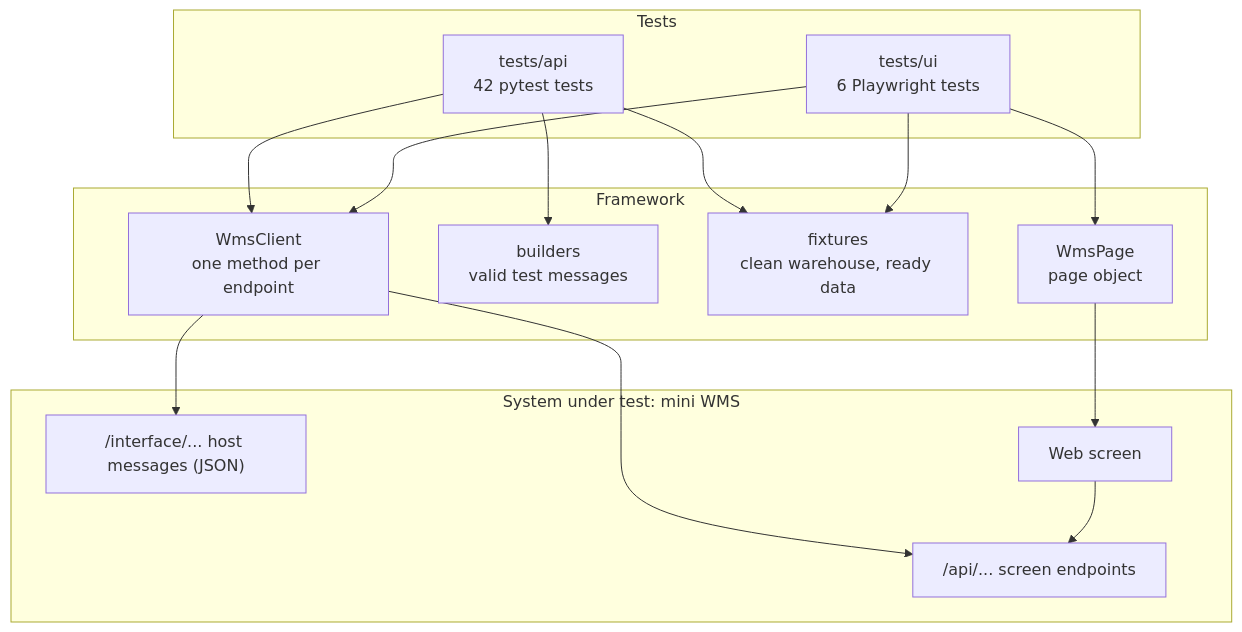
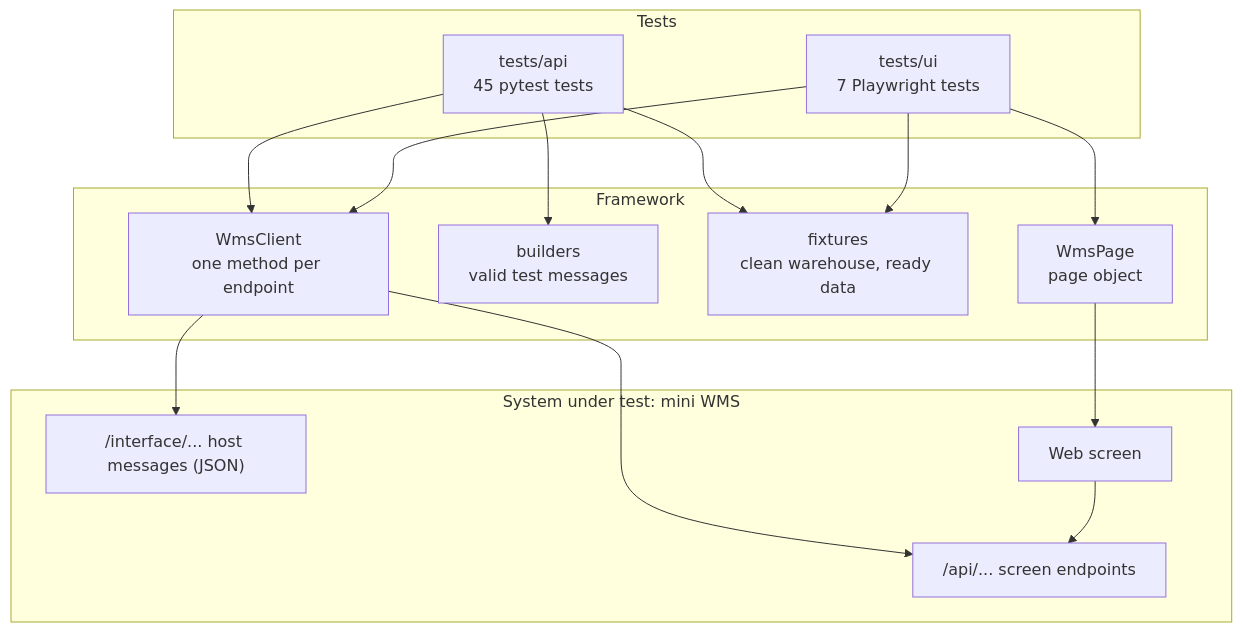
The second of 3 diagrams in README.md (Younus98/warehouse-automation-qa), drawn with Mermaid before and after one commit. The commit also changed other lines of this file and 6 other files, not shown here.

First line of the commit message:
Add Load demo data button and endpoint, with API and UI tests

````diff
--- a/README.md
+++ b/README.md
@@ -66,22 +66,22 @@
 ```mermaid
 flowchart TB
     subgraph Tests
-        API[tests/api<br/>42 pytest tests]
-        UI[tests/ui<br/>6 Playwright tests]
+        API[tests/api<br/>45 pytest tests]
+        UI[tests/ui<br/>7 Playwright tests]
     end
     subgraph Framework
         C[WmsClient<br/>one method per endpoint]
         B[builders<br/>valid test messages]
         F[fixtures<br/>clean warehouse, ready data]
         P[WmsPage<br/>page object]
     end
     subgraph SUT[System under test: mini WMS]
         IF["/interface/... host messages (JSON)"]
         SC["/api/... screen endpoints"]
         WEB[Web screen]
     end
     API --> C & B & F
     UI --> P & C & F
     C --> IF & SC
     P --> WEB --> SC
 ```
````
